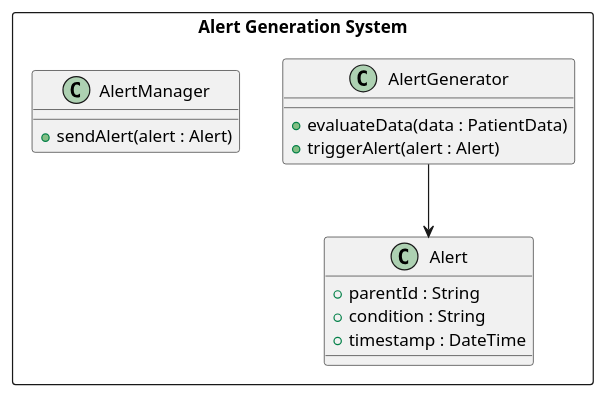
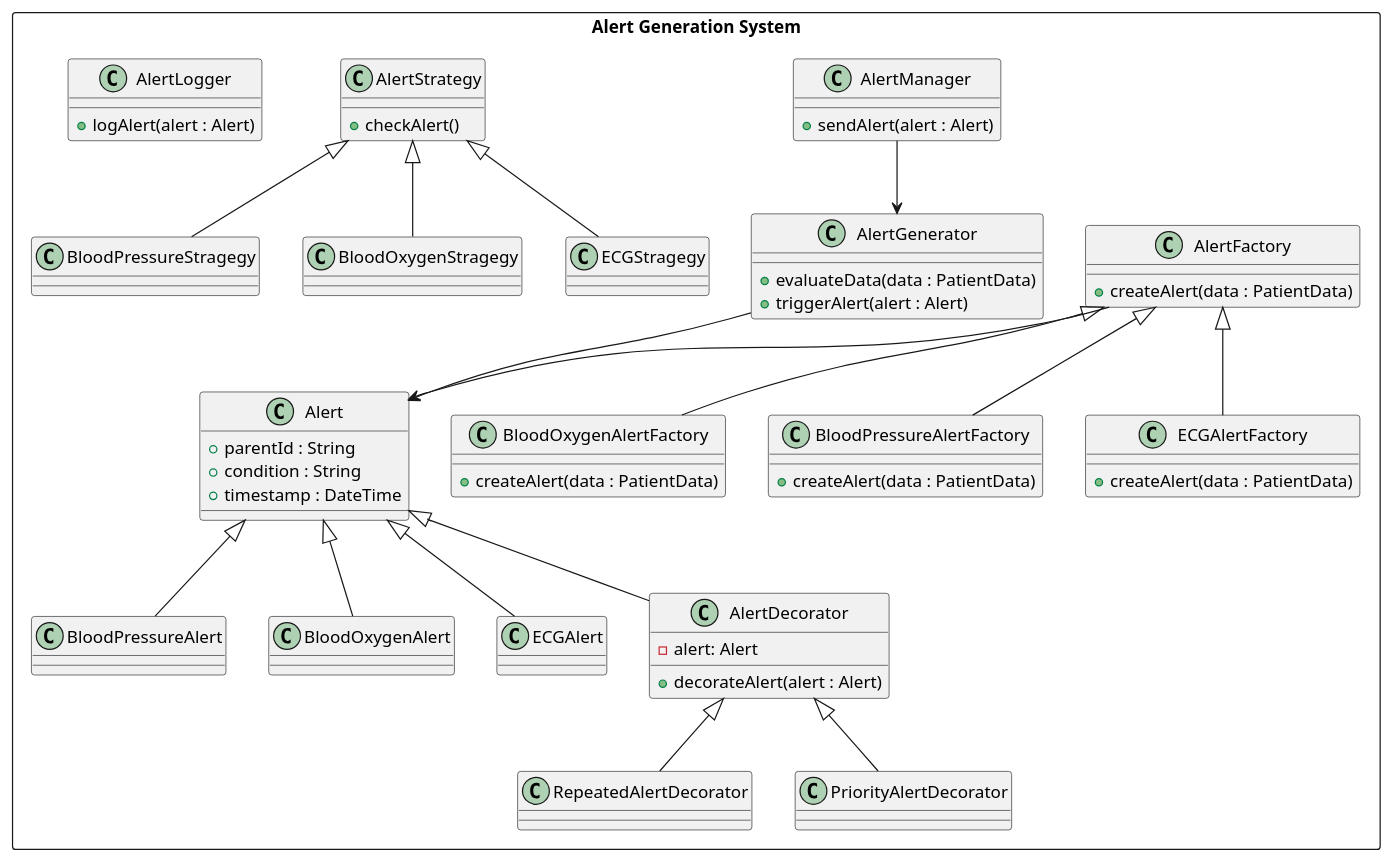
The diagram in uml/alert_generation_system.plantuml (Mihai-Solescu/signal_project), drawn with PlantUML before and after one commit. The commit also changed 2 other files, not shown here.

Commit message:
updated alert generation system diagram Factory Pattern

```diff
--- a/uml/alert_generation_system.plantuml
+++ b/uml/alert_generation_system.plantuml
@@ -1,22 +1,111 @@
 @startuml
 
 rectangle "Alert Generation System" as AGS {
     class "AlertGenerator" as AG {
         +evaluateData(data : PatientData)
         +triggerAlert(alert : Alert)
     }
 
     AG --> A
 
     class "Alert" as A {
         +parentId : String
         +condition : String
         +timestamp : DateTime
     }
 
+    class "BloodPressureAlert" as BPA {
+
+    }
+
+    A <|-- BPA
+
+    class "BloodOxygenAlert" as BOA {
+
+    }
+
+    A <|-- BOA
+
+    class "ECGAlert" as ECGA {
+
+    }
+
+    A <|-- ECGA
+
+    class "AlertFactory" as AF {
+        +createAlert(data : PatientData)
+    }
+
+    AF --> A
+
+    class "BloodOxygenAlertFactory" as BOAF {
+        +createAlert(data : PatientData)
+    }
+
+    AF <|-- BOAF
+
+    class "BloodPressureAlertFactory" as BPAF {
+        +createAlert(data : PatientData)
+    }
+
+    AF <|-- BPAF
+
+    class "ECGAlertFactory" as ECGAF {
+        +createAlert(data : PatientData)
+    }
+
+    AF <|-- ECGAF
+
     class "AlertManager" as AM {
         +sendAlert(alert : Alert)
+    }
+
+    AM --> AG
+
+    class "AlertStrategy" as AS {
+        +checkAlert()
+    }
+
+    class "BloodPressureStragegy" as BPS {
+
+    }
+
+    AS <|-- BPS
+
+    class "BloodOxygenStragegy" as BOS {
+
+    }
+
+    AS <|-- BOS
+
+    class "ECGStragegy" as ECGS {
+
+    }
+
+    AS <|-- ECGS
+
+    class "AlertDecorator" as AD {
+        -alert: Alert
+        +decorateAlert(alert : Alert)
+    }
+
+    A <|-- AD
+
+    class "RepeatedAlertDecorator" as RAD {
+        'Checks and re-checks alert conditions over a set interval.
+    }
+
+    AD <|-- RAD
+
+    class "PriorityAlertDecorator" as PAD {
+        'Adds prioritization tagging to alerts needing urgent attention.
+    }
+
+    AD <|-- PAD
+
+    class "AlertLogger" as AL {
+        +logAlert(alert : Alert)
     }
 }
 
 @enduml
```
